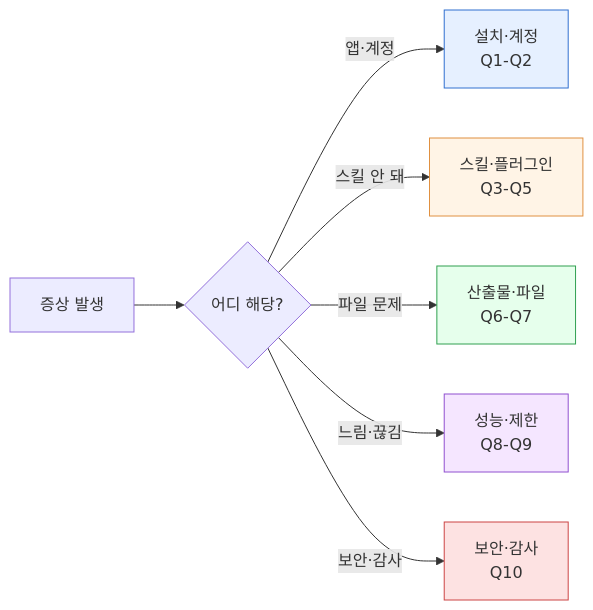
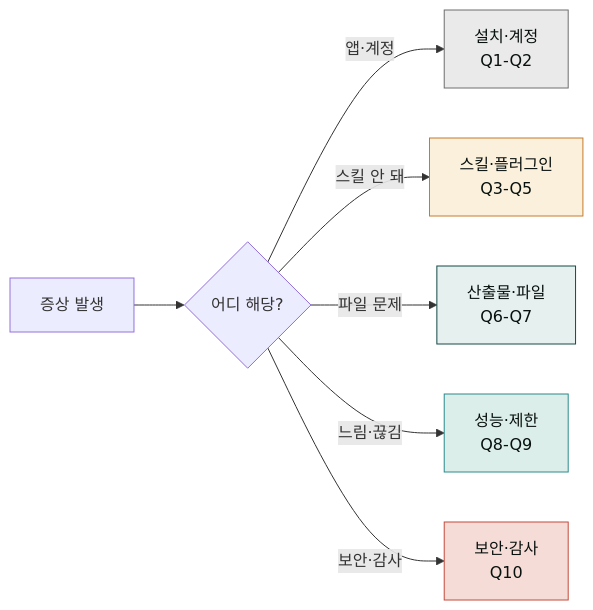
One commit to modu-ai/claude changed the diagram in content/cowork/faq.md. Above: the diagram before and after it, drawn with Mermaid. The commit also changed 97 other files, not shown here.

First line of the commit message:
style(docs-site): mermaid 색상 브랜드 정합 + 라이트 테마 단일화

````diff
--- a/content/cowork/faq.md
+++ b/content/cowork/faq.md
@@ -21,15 +21,15 @@
 ```mermaid
 flowchart LR
     A["증상 발생"] --> Q1{"어디 해당?"}
     Q1 -- "앱·계정" --> C1["설치·계정<br/>Q1-Q2"]
     Q1 -- "스킬 안 돼" --> C2["스킬·플러그인<br/>Q3-Q5"]
     Q1 -- "파일 문제" --> C3["산출물·파일<br/>Q6-Q7"]
     Q1 -- "느림·끊김" --> C4["성능·제한<br/>Q8-Q9"]
     Q1 -- "보안·감사" --> C5["보안·감사<br/>Q10"]
 
-    style C1 fill:#e6f0ff,stroke:#3070d0
-    style C2 fill:#fff4e6,stroke:#e09040
-    style C3 fill:#e6ffec,stroke:#30a050
-    style C4 fill:#f5e6ff,stroke:#9050d0
-    style C5 fill:#fde2e2,stroke:#c44
+    style C1 fill:#eaeaea,stroke:#6e6e6e,color:#09110f
+    style C2 fill:#fbf0dc,stroke:#c47b2a,color:#09110f
+    style C3 fill:#e6f0ef,stroke:#144a46,color:#09110f
+    style C4 fill:#dceee9,stroke:#2a8a8c,color:#09110f
+    style C5 fill:#f5dcd7,stroke:#c44a3a,color:#09110f
 ```
````
